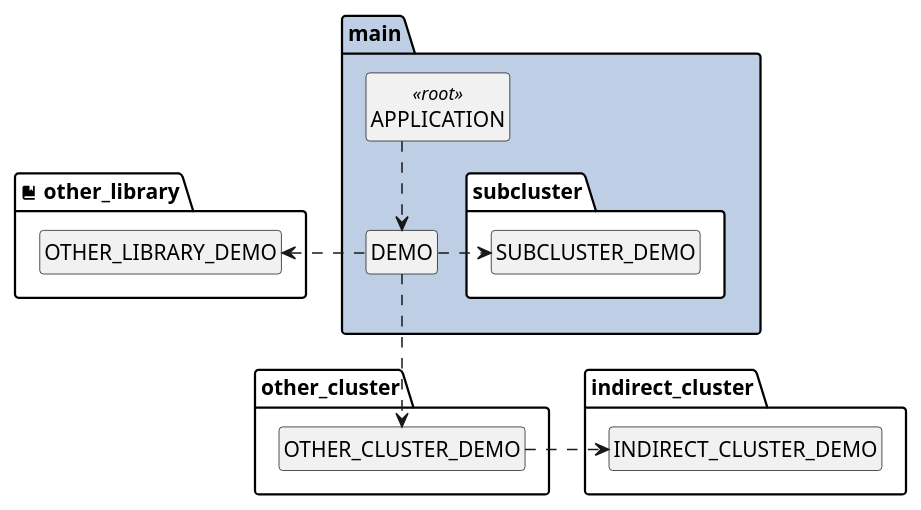
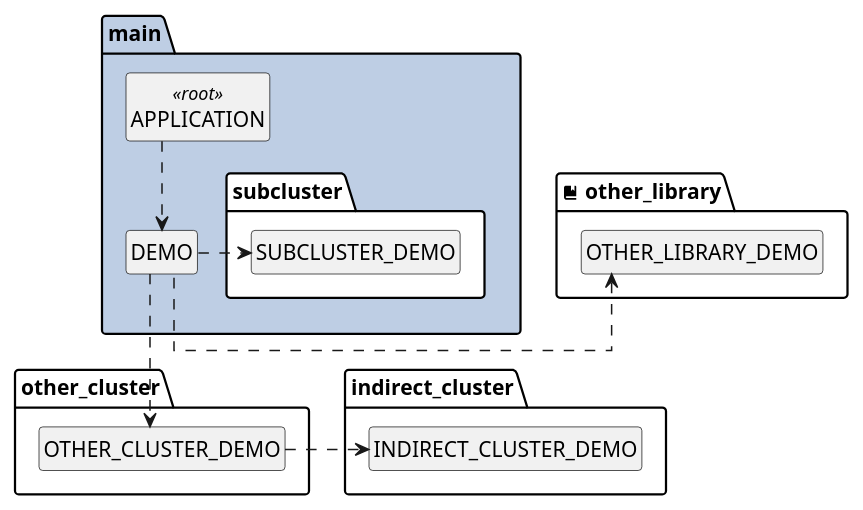
The diagram in _posts/2021-10-26-eiffelstudio-assertions-setting.md (imustafin/imustafin.github.io), drawn with PlantUML before and after one commit. The commit also changed 1 other file, not shown here.

Commit message:
Fix eiffel-assertions-setting uml diagram

```diff
--- a/_posts/2021-10-26-eiffelstudio-assertions-setting.md
+++ b/_posts/2021-10-26-eiffelstudio-assertions-setting.md
@@ -120,38 +120,38 @@
 {% plantuml %}
 skinparam linetype ortho
 hide empty members
 hide circle
 
 namespace main #becee4 {
   class APPLICATION <<root>> {
   
   }
   
   class DEMO {
   
   }
   
   namespace subcluster #FFFFFF {
     class SUBCLUSTER_DEMO
   }
 }
 
 namespace "<&book> other_library" as other_library {
   class OTHER_LIBRARY_DEMO
 }
 
 
 namespace other_cluster {
   class OTHER_CLUSTER_DEMO
 }
 
 namespace indirect_cluster {
   class INDIRECT_CLUSTER_DEMO
 }
 
-main.DEMO .l.> other_library.OTHER_LIBRARY_DEMO
 main.APPLICATION .d.> main.DEMO
-main.DEMO .> main.subcluster.SUBCLUSTER_DEMO
 main.DEMO .d.> other_cluster.OTHER_CLUSTER_DEMO
 other_cluster.OTHER_CLUSTER_DEMO .r.> indirect_cluster.INDIRECT_CLUSTER_DEMO
+main.DEMO .r.> main.subcluster.SUBCLUSTER_DEMO
+main.DEMO .l.> other_library.OTHER_LIBRARY_DEMO
 {% endplantuml %}
```
